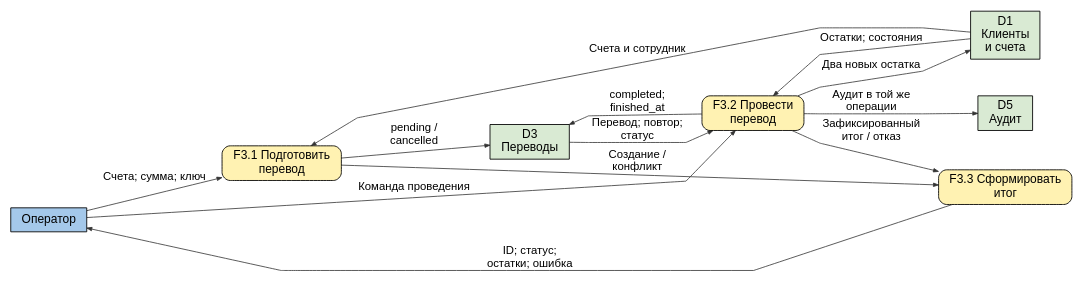
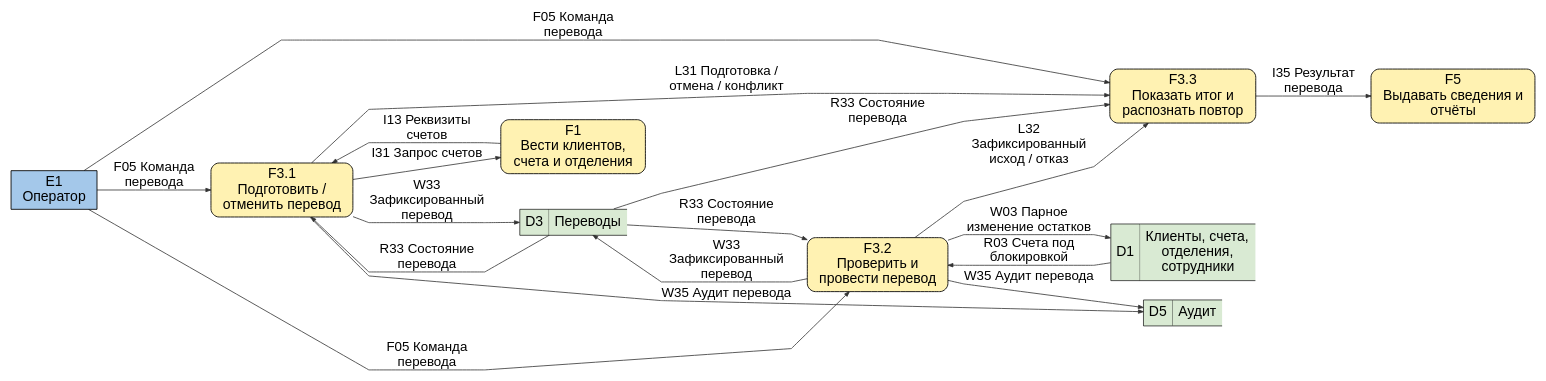
Before and after one commit to qwertyvich/IT-project: the diagram in figures/B6_transfers.dot, drawn with Graphviz. The commit also changed 99 other files, not shown here.

```diff
--- a/figures/B6_transfers.dot
+++ b/figures/B6_transfers.dot
@@ -1,24 +1,31 @@
 digraph B6_transfers {
 graph [rankdir=LR, bgcolor="white", pad=.12, nodesep=.35, ranksep=.65, splines=polyline, outputorder=edgesfirst];
-node [fontname="Arial", fontsize=18, margin=".12,.08", penwidth=1.3];
-edge [fontname="Arial", fontsize=17, color="#333333", penwidth=1.2, arrowsize=.75];
-"e" [label="Оператор", shape="box", style="filled", fillcolor="#A4C8EA", width="1.583"];
-"p1" [label="F3.1 Подготовить\nперевод", shape="box", style="rounded,filled", fillcolor="#FFF2B2", width="2.486"];
-"p2" [label="F3.2 Провести\nперевод", shape="box", style="rounded,filled", fillcolor="#FFF2B2", width="2.125"];
-"p3" [label="F3.3 Сформировать\nитог", shape="box", style="rounded,filled", fillcolor="#FFF2B2", width="2.778"];
-"D1" [label="D1\nКлиенты\nи счета", shape="record", style="filled", fillcolor="#D9EAD3", width="1.444"];
-"D3" [label="D3\nПереводы", shape="record", style="filled", fillcolor="#D9EAD3", width="1.653"];
-"D5" [label="D5\nАудит", shape="record", style="filled", fillcolor="#D9EAD3", width="1.139"];
-e -> p1 [label="Счета; сумма; ключ"];
-D1 -> p1 [label="Счета и сотрудник"];
-p1 -> D3 [label="pending /\ncancelled"];
-e -> p2 [label="Команда проведения"];
-D3 -> p2 [label="Перевод; повтор;\nстатус"];
-D1 -> p2 [label="Остатки; состояния"];
-p2 -> D1 [label="Два новых остатка"];
-p2 -> D3 [label="completed;\nfinished_at"];
-p2 -> D5 [label="Аудит в той же\nоперации"];
-p1 -> p3 [label="Создание /\nконфликт"];
-p2 -> p3 [label="Зафиксированный\nитог / отказ"];
-p3 -> e [label="ID; статус;\nостатки; ошибка"];
+node [fontname="Arial", fontsize=21, margin=".12,.08", penwidth=1.3];
+edge [fontname="Arial", fontsize=20, color="#333333", penwidth=1.2, arrowsize=.75];
+"E1" [label="E1\nОператор", shape="box", style="filled", fillcolor="#A4C8EA", width="1.792"];
+"F3_1" [label="F3.1\nПодготовить /\nотменить перевод", shape="box", style="rounded,filled", fillcolor="#FFF2B2", width="2.958"];
+E1 -> F3_1 [label="F05 Команда\nперевода"];
+"F3_2" [label="F3.2\nПроверить и\nпровести перевод", shape="box", style="rounded,filled", fillcolor="#FFF2B2", width="2.931"];
+E1 -> F3_2 [label="F05 Команда\nперевода"];
+"F3_3" [label="F3.3\nПоказать итог и\nраспознать повтор", shape="box", style="rounded,filled", fillcolor="#FFF2B2", width="3.042"];
+E1 -> F3_3 [label="F05 Команда\nперевода"];
+"F1" [label="F1\nВести клиентов,\nсчета и отделения", shape="box", style="rounded,filled", fillcolor="#FFF2B2", width="3.013"];
+F3_1 -> F1 [label="I31 Запрос счетов"];
+F1 -> F3_1 [label="I13 Реквизиты\nсчетов"];
+"F5" [label="F5\nВыдавать сведения и\nотчёты", shape="box", style="rounded,filled", fillcolor="#FFF2B2", width="3.417"];
+F3_3 -> F5 [label="I35 Результат\nперевода"];
+"D1" [shape=plain,style="",label=<<TABLE BORDER="0" CELLBORDER="0" CELLSPACING="0" CELLPADDING="7"><TR><TD BORDER="1" SIDES="TLBR" BGCOLOR="#D9EAD3">D1</TD><TD BORDER="1" SIDES="TB" BGCOLOR="#D9EAD3">Клиенты, счета,<BR/>отделения,<BR/>сотрудники</TD></TR></TABLE>>];
+D1 -> F3_2 [label="R03 Счета под\nблокировкой"];
+F3_2 -> D1 [label="W03 Парное\nизменение остатков"];
+"D3" [shape=plain,style="",label=<<TABLE BORDER="0" CELLBORDER="0" CELLSPACING="0" CELLPADDING="7"><TR><TD BORDER="1" SIDES="TLBR" BGCOLOR="#D9EAD3">D3</TD><TD BORDER="1" SIDES="TB" BGCOLOR="#D9EAD3">Переводы</TD></TR></TABLE>>];
+D3 -> F3_1 [label="R33 Состояние\nперевода"];
+D3 -> F3_2 [label="R33 Состояние\nперевода"];
+D3 -> F3_3 [label="R33 Состояние\nперевода"];
+F3_1 -> D3 [label="W33\nЗафиксированный\nперевод"];
+F3_2 -> D3 [label="W33\nЗафиксированный\nперевод"];
+"D5" [shape=plain,style="",label=<<TABLE BORDER="0" CELLBORDER="0" CELLSPACING="0" CELLPADDING="7"><TR><TD BORDER="1" SIDES="TLBR" BGCOLOR="#D9EAD3">D5</TD><TD BORDER="1" SIDES="TB" BGCOLOR="#D9EAD3">Аудит</TD></TR></TABLE>>];
+F3_1 -> D5 [label="W35 Аудит перевода"];
+F3_2 -> D5 [label="W35 Аудит перевода"];
+F3_1 -> F3_3 [label="L31 Подготовка /\nотмена / конфликт"];
+F3_2 -> F3_3 [label="L32\nЗафиксированный\nисход / отказ"];
 }
```
